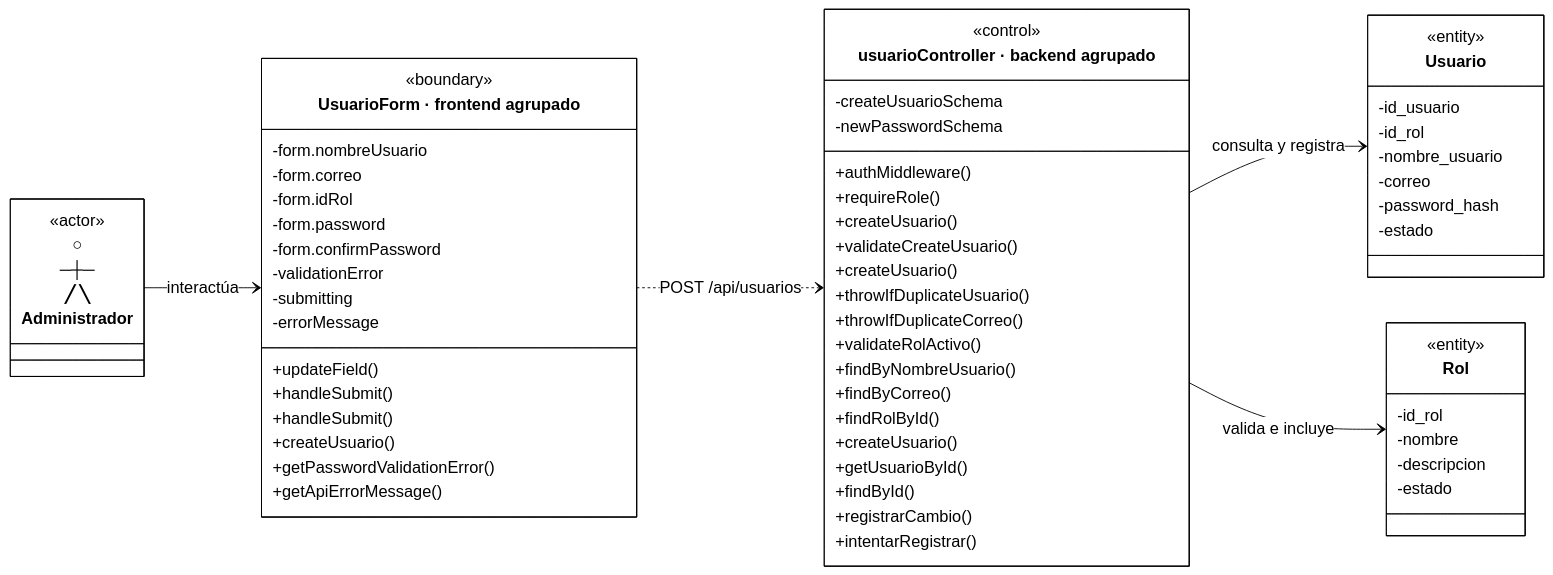
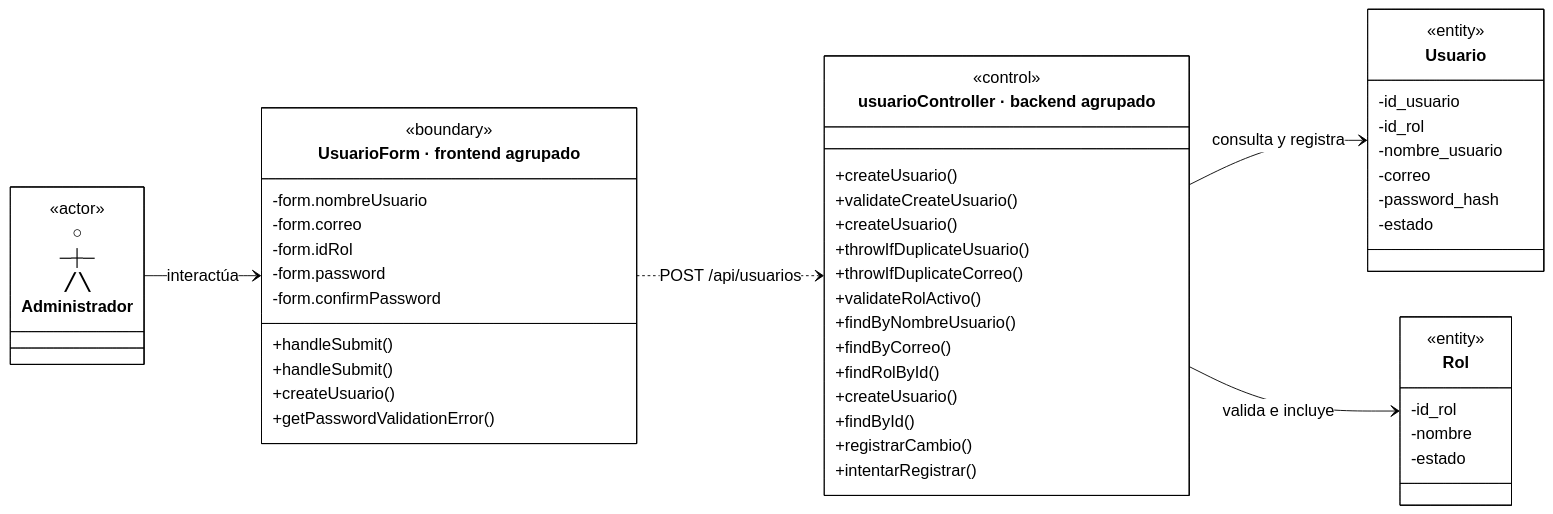
The third of 35 diagrams in docs/ai/analisis-clases-academico-simplificado.md (CreepyBowDev/cadefar-inventory-system), drawn with Mermaid before and after one commit. The commit also changed other lines of this file, not shown here.

````diff
--- a/docs/ai/analisis-clases-academico-simplificado.md
+++ b/docs/ai/analisis-clases-academico-simplificado.md
@@ -201,73 +190,62 @@
 ```mermaid
-%%{init: {"theme":"base","htmlLabels":true,"markdownAutoWrap":false,"class":{"useMaxWidth":false},"themeCSS":".node.actor .label-container path{stroke:none!important;fill:none!important;} .node.actor .divider{display:none;} .nodeLabel{color:#000000!important;} .node .label div{display:table-cell!important;white-space:nowrap!important;max-width:none!important;} .control .methods-group .label:nth-child(3) p::after{content:\" [controller]\";} .control .methods-group .label:nth-child(5) p::after{content:\" [service]\";} .control .methods-group .label:nth-child(15) p::after{content:\" [auditoria]\";} .control .methods-group .label:nth-child(16) p::after{content:\" [auditoria]\";}","themeVariables":{"background":"#ffffff","primaryColor":"#ffffff","primaryTextColor":"#000000","primaryBorderColor":"#000000","secondaryColor":"#ffffff","tertiaryColor":"#ffffff","lineColor":"#000000","textColor":"#000000","fontFamily":"Arial","fontSize":"18px"}}}%%
+%%{init: {"theme":"base","htmlLabels":true,"markdownAutoWrap":false,"class":{"useMaxWidth":false},"themeCSS":".node.actor .label-container path{stroke:none!important;fill:none!important;} .node.actor .divider{display:none;} .nodeLabel{color:#000000!important;} .node .label div{display:table-cell!important;white-space:nowrap!important;max-width:none!important;} .control .methods-group .label:nth-child(1) p::after{content:\" [controller]\";}.control .methods-group .label:nth-child(3) p::after{content:\" [service]\";}.control .methods-group .label:nth-child(12) p::after{content:\" [auditoria]\";}.control .methods-group .label:nth-child(13) p::after{content:\" [auditoria]\";}","themeVariables":{"background":"#ffffff","primaryColor":"#ffffff","primaryTextColor":"#000000","primaryBorderColor":"#000000","secondaryColor":"#ffffff","tertiaryColor":"#ffffff","lineColor":"#000000","textColor":"#000000","fontFamily":"Arial","fontSize":"18px"}}}%%
 %%{init: {"state":{"useMaxWidth":false}}}%%
 classDiagram
     direction LR
     class Administrador["○<br/>─┼─<br/>╱ ╲<br/>Administrador"]
     class Administrador { <<actor>> }
     class Boundary["UsuarioForm · frontend agrupado"] {
         <<boundary>>
         -form.nombreUsuario
         -form.correo
         -form.idRol
         -form.password
         -form.confirmPassword
-        -validationError
-        -submitting
-        -errorMessage
-        +updateField()
         +handleSubmit()
         +handleSubmit()
         +createUsuario()
         +getPasswordValidationError()
-        +getApiErrorMessage()
     }
     class Control["usuarioController · backend agrupado"] {
         <<control>>
-        -createUsuarioSchema
-        -newPasswordSchema
-        +authMiddleware()
-        +requireRole()
         %% createUsuario() [controller]
         +createUsuario()
         +validateCreateUsuario()
         %% createUsuario() [service]
         +createUsuario()
         +throwIfDuplicateUsuario()
         +throwIfDuplicateCorreo()
         +validateRolActivo()
         +findByNombreUsuario()
         +findByCorreo()
         +findRolById()
         +createUsuario()
-        +getUsuarioById()
         +findById()
         %% registrarCambio() [auditoria]
         +registrarCambio()
         %% intentarRegistrar() [auditoria]
         +intentarRegistrar()
     }
     class Usuario {
         <<entity>>
         -id_usuario
         -id_rol
         -nombre_usuario
         -correo
         -password_hash
         -estado
     }
     class Rol {
         <<entity>>
         -id_rol
         -nombre
-        -descripcion
         -estado
     }
     Administrador --> Boundary : interactúa
     Boundary ..> Control : POST /api/usuarios
     Control --> Usuario : consulta y registra
     Control --> Rol : valida e incluye
     cssClass "Control" control
     classDef actor fill:#ffffff,stroke-width:0px,color:#000000
     cssClass "Administrador" actor
 ```
````
